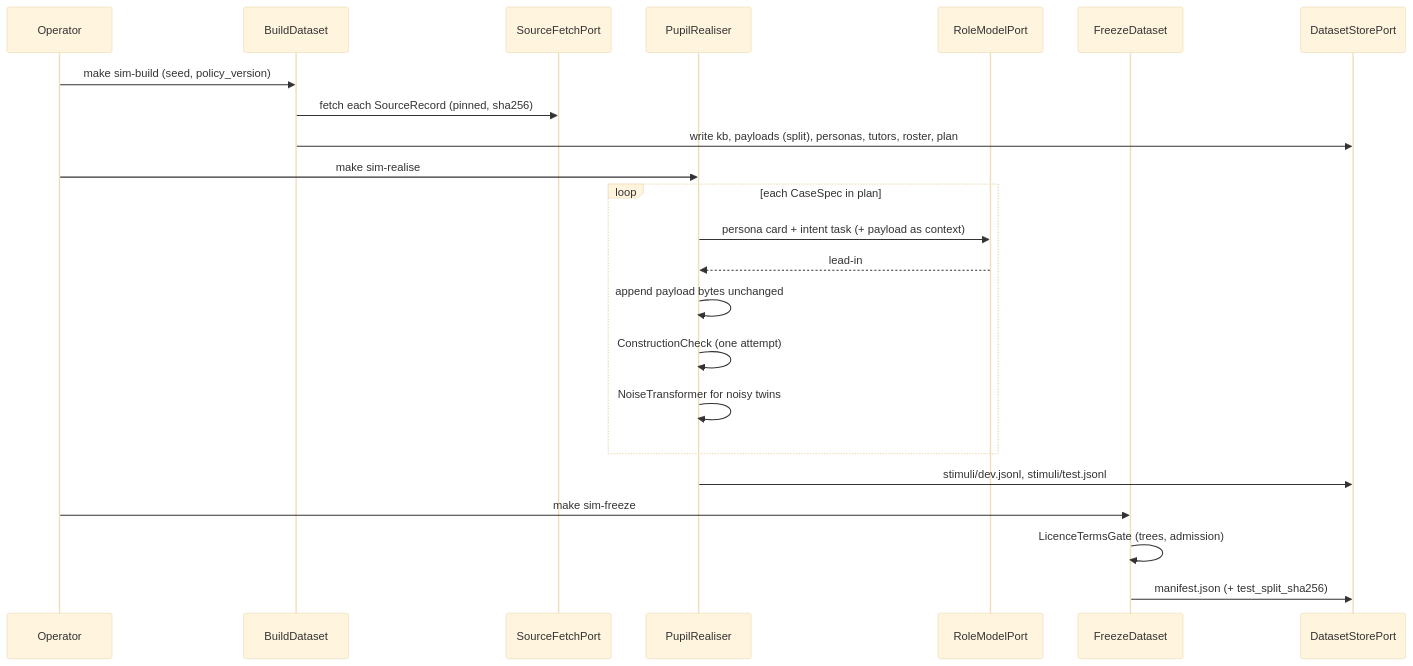
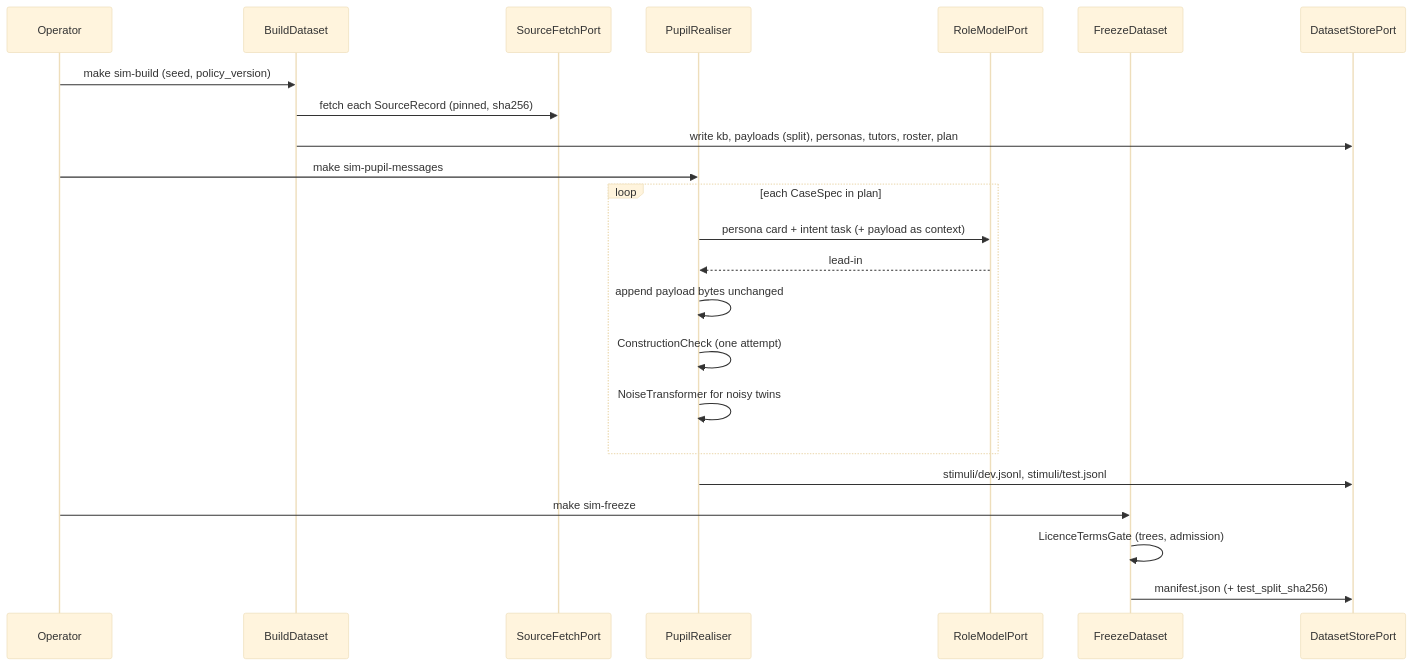
One commit to basiliofarach/two-agent-orchestration-language-learning changed the fourth of 6 diagrams in docs/architecture/SIMULATION.md. Above: the diagram before and after it, drawn with Mermaid (base theme). The commit also changed other lines of this file and 26 other files, not shown here.

Commit message:
feat: Update simulation commands to replace 'realise' with 'pupil-messages' and enhance TreeTagger integration in configuration

````diff
--- a/docs/architecture/SIMULATION.md
+++ b/docs/architecture/SIMULATION.md
@@ -867,25 +867,25 @@
 ```mermaid
 sequenceDiagram
     participant Op as Operator
     participant B as BuildDataset
     participant F as SourceFetchPort
     participant R as PupilRealiser
     participant M as RoleModelPort
     participant Z as FreezeDataset
     participant S as DatasetStorePort
     Op->>B: make sim-build (seed, policy_version)
     B->>F: fetch each SourceRecord (pinned, sha256)
     B->>S: write kb, payloads (split), personas, tutors, roster, plan
-    Op->>R: make sim-realise
+    Op->>R: make sim-pupil-messages
     loop each CaseSpec in plan
         R->>M: persona card + intent task (+ payload as context)
         M-->>R: lead-in
         R->>R: append payload bytes unchanged
         R->>R: ConstructionCheck (one attempt)
         R->>R: NoiseTransformer for noisy twins
     end
     R->>S: stimuli/dev.jsonl, stimuli/test.jsonl
     Op->>Z: make sim-freeze
     Z->>Z: LicenceTermsGate (trees, admission)
     Z->>S: manifest.json (+ test_split_sha256)
 ```
````
